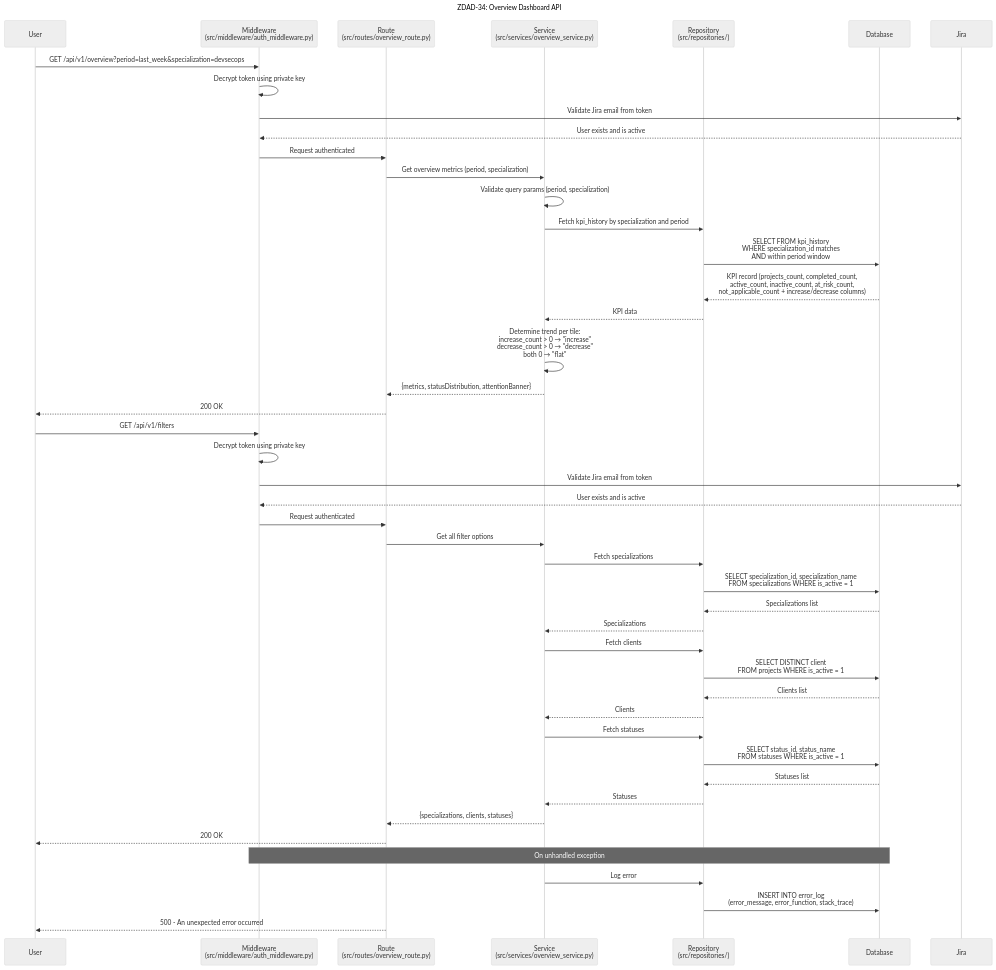
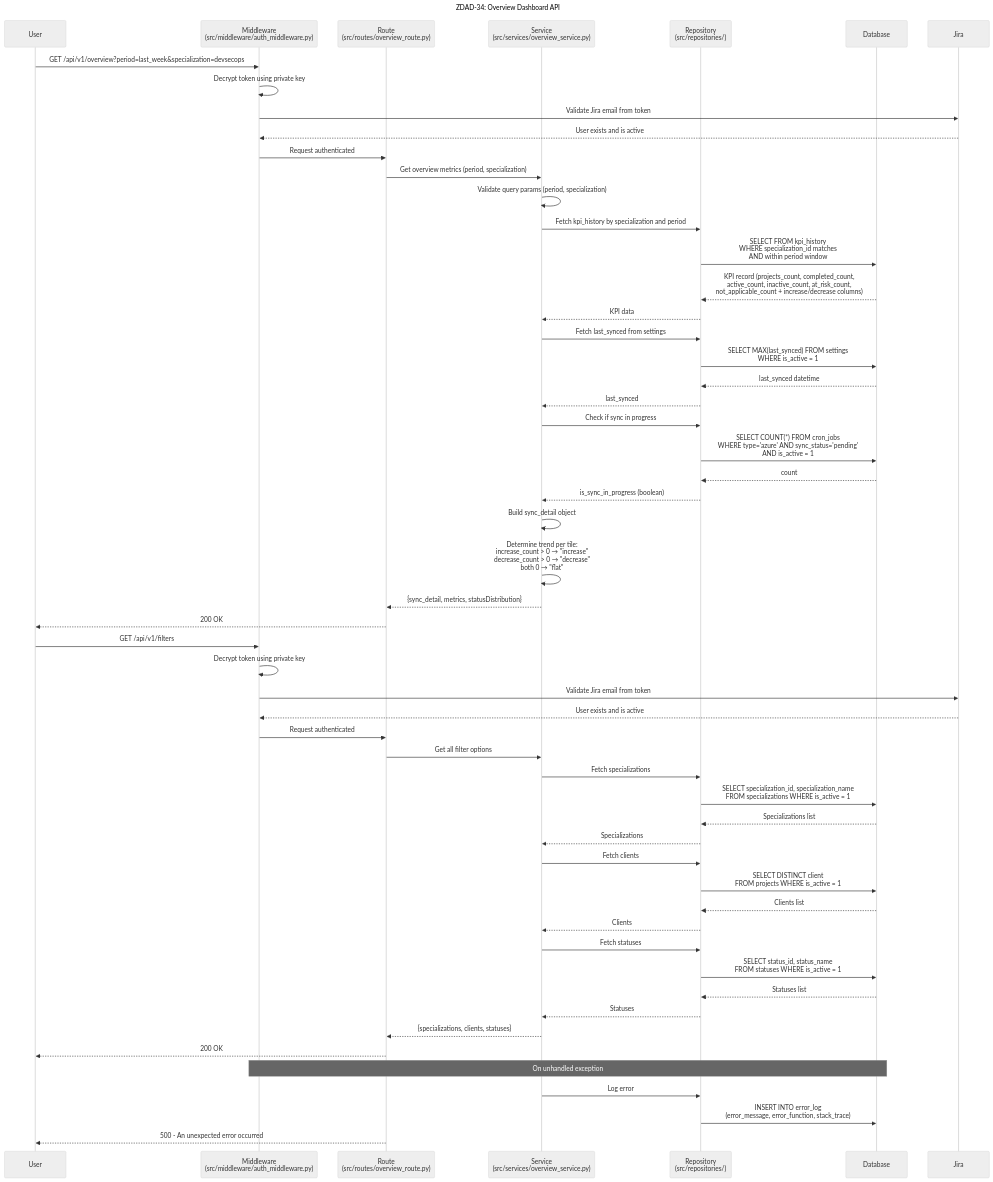
One commit to NandhiniSN9/Devsecops_BE changed the diagram in diagram/overview_dashboard.mmd. Above: the diagram before and after it, drawn with Mermaid (neutral theme). The commit also changed 10 other files, not shown here.

Commit message:
last sync details added in openapi.yaml

```diff
--- a/diagram/overview_dashboard.mmd
+++ b/diagram/overview_dashboard.mmd
@@ -1,54 +1,63 @@
 sequenceDiagram
     title ZDAD-34: Overview Dashboard API
 
     participant User
     participant Middleware as Middleware<br/>(src/middleware/auth_middleware.py)
     participant Route as Route<br/>(src/routes/overview_route.py)
     participant Service as Service<br/>(src/services/overview_service.py)
     participant Repository as Repository<br/>(src/repositories/)
     participant Database
     participant Jira
 
     %% Overview Endpoint
     User->>Middleware: GET /api/v1/overview?period=last_week&specialization=devsecops
     Middleware->>Middleware: Decrypt token using private key
     Middleware->>Jira: Validate Jira email from token
     Jira-->>Middleware: User exists and is active
     Middleware->>Route: Request authenticated
     Route->>Service: Get overview metrics (period, specialization)
     Service->>Service: Validate query params (period, specialization)
     Service->>Repository: Fetch kpi_history by specialization and period
     Repository->>Database: SELECT FROM kpi_history<br/>WHERE specialization_id matches<br/>AND within period window
     Database-->>Repository: KPI record (projects_count, completed_count,<br/>active_count, inactive_count, at_risk_count,<br/>not_applicable_count + increase/decrease columns)
     Repository-->>Service: KPI data
+    Service->>Repository: Fetch last_synced from settings
+    Repository->>Database: SELECT MAX(last_synced) FROM settings<br/>WHERE is_active = 1
+    Database-->>Repository: last_synced datetime
+    Repository-->>Service: last_synced
+    Service->>Repository: Check if sync in progress
+    Repository->>Database: SELECT COUNT(*) FROM cron_jobs<br/>WHERE type='azure' AND sync_status='pending'<br/>AND is_active = 1
+    Database-->>Repository: count
+    Repository-->>Service: is_sync_in_progress (boolean)
+    Service->>Service: Build sync_detail object
     Service->>Service: Determine trend per tile:<br/>increase_count > 0 → "increase"<br/>decrease_count > 0 → "decrease"<br/>both 0 → "flat"
-    Service-->>Route: {metrics, statusDistribution, attentionBanner}
+    Service-->>Route: {sync_detail, metrics, statusDistribution}
     Route-->>User: 200 OK
 
     %% Filters Endpoint
     User->>Middleware: GET /api/v1/filters
     Middleware->>Middleware: Decrypt token using private key
     Middleware->>Jira: Validate Jira email from token
     Jira-->>Middleware: User exists and is active
     Middleware->>Route: Request authenticated
     Route->>Service: Get all filter options
     Service->>Repository: Fetch specializations
     Repository->>Database: SELECT specialization_id, specialization_name<br/>FROM specializations WHERE is_active = 1
     Database-->>Repository: Specializations list
     Repository-->>Service: Specializations
     Service->>Repository: Fetch clients
     Repository->>Database: SELECT DISTINCT client<br/>FROM projects WHERE is_active = 1
     Database-->>Repository: Clients list
     Repository-->>Service: Clients
     Service->>Repository: Fetch statuses
     Repository->>Database: SELECT status_id, status_name<br/>FROM statuses WHERE is_active = 1
     Database-->>Repository: Statuses list
     Repository-->>Service: Statuses
     Service-->>Route: {specializations, clients, statuses}
     Route-->>User: 200 OK
 
     %% Error Scenario
     Note over Middleware,Database: On unhandled exception
     Service->>Repository: Log error
     Repository->>Database: INSERT INTO error_log<br/>(error_message, error_function, stack_trace)
     Route-->>User: 500 - An unexpected error occurred
```
